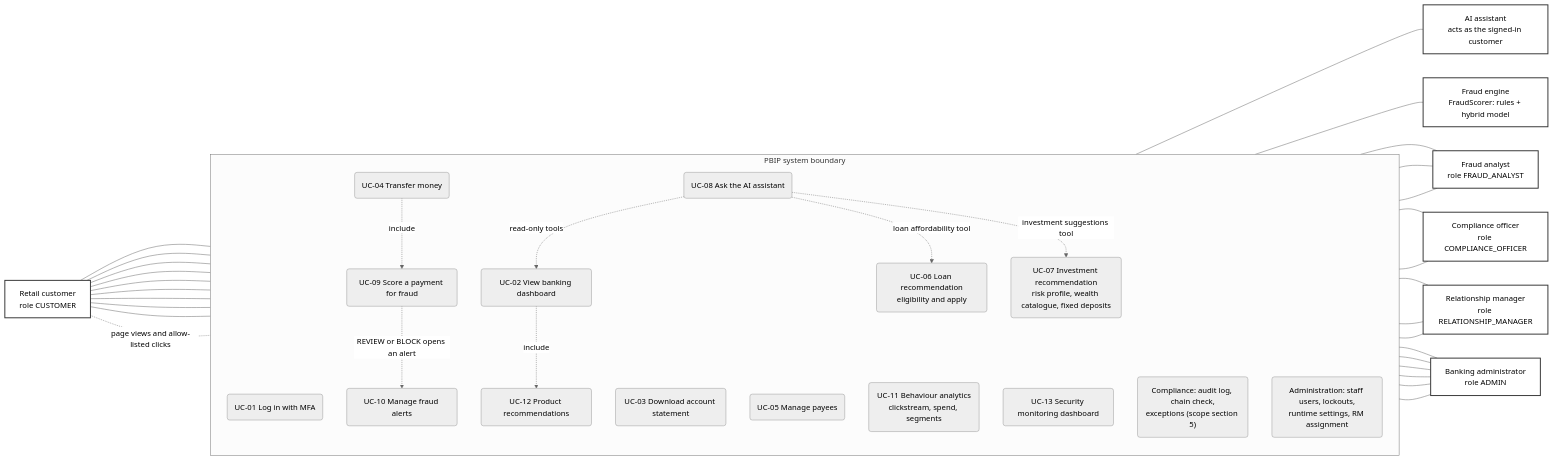
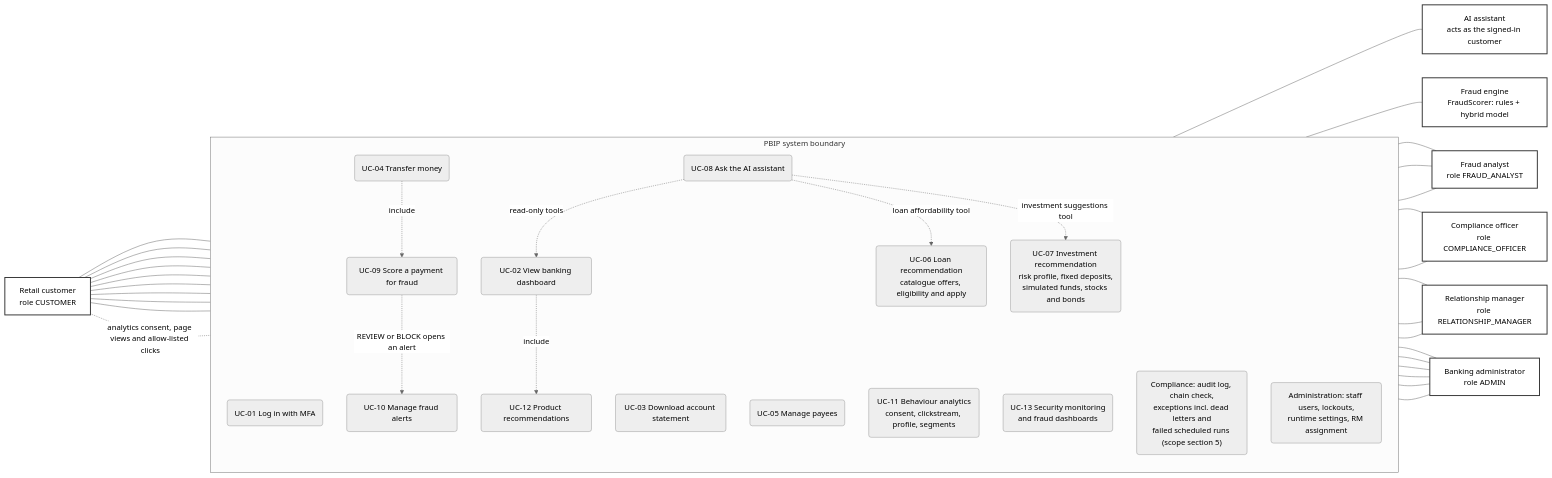
One commit to rachitst/pbip changed the diagram in docs/diagrams/use-case.md. Above: the diagram before and after it, drawn with Mermaid (neutral theme). The commit also changed other lines of this file and 24 other files, not shown here.

Commit message:
docs(diagrams): investing, behavioural profile and consent, loan offers, fraud dashboard and compliance exception flows and states

````diff
--- a/docs/diagrams/use-case.md
+++ b/docs/diagrams/use-case.md
@@ -12,67 +12,67 @@
 ```mermaid
 flowchart LR
     classDef actor fill:#fff,stroke:#333,stroke-width:2px
     customer["Retail customer<br/>role CUSTOMER"]:::actor
     assistant["AI assistant<br/>acts as the signed-in customer"]:::actor
     engine["Fraud engine<br/>FraudScorer: rules + hybrid model"]:::actor
 
     subgraph pbip["PBIP system boundary"]
         direction TB
         uc01("UC-01 Log in with MFA")
         uc02("UC-02 View banking dashboard")
         uc03("UC-03 Download account statement")
         uc04("UC-04 Transfer money")
         uc05("UC-05 Manage payees")
-        uc06("UC-06 Loan recommendation<br/>eligibility and apply")
-        uc07("UC-07 Investment recommendation<br/>risk profile, wealth catalogue, fixed deposits")
+        uc06("UC-06 Loan recommendation<br/>catalogue offers, eligibility and apply")
+        uc07("UC-07 Investment recommendation<br/>risk profile, fixed deposits,<br/>simulated funds, stocks and bonds")
         uc08("UC-08 Ask the AI assistant")
         uc09("UC-09 Score a payment for fraud")
         uc10("UC-10 Manage fraud alerts")
-        uc11("UC-11 Behaviour analytics<br/>clickstream, spend, segments")
+        uc11("UC-11 Behaviour analytics<br/>consent, clickstream, profile, segments")
         uc12("UC-12 Product recommendations")
-        uc13("UC-13 Security monitoring dashboard")
-        ucaud("Compliance: audit log, chain check,<br/>exceptions (scope section 5)")
+        uc13("UC-13 Security monitoring<br/>and fraud dashboards")
+        ucaud("Compliance: audit log, chain check,<br/>exceptions incl. dead letters and<br/>failed scheduled runs (scope section 5)")
         ucadm("Administration: staff users, lockouts,<br/>runtime settings, RM assignment")
     end
 
     analyst["Fraud analyst<br/>role FRAUD_ANALYST"]:::actor
     compliance["Compliance officer<br/>role COMPLIANCE_OFFICER"]:::actor
     rm["Relationship manager<br/>role RELATIONSHIP_MANAGER"]:::actor
     admin["Banking administrator<br/>role ADMIN"]:::actor
 
     customer --- uc01
     customer --- uc02
     customer --- uc03
     customer --- uc04
     customer --- uc05
     customer --- uc06
     customer --- uc07
     customer --- uc08
     customer --- uc12
-    customer -. "page views and allow-listed clicks" .- uc11
+    customer -. "analytics consent, page views and allow-listed clicks" .- uc11
 
     uc08 --- assistant
     uc09 --- engine
 
     uc04 -. "include" .-> uc09
     uc09 -. "REVIEW or BLOCK opens an alert" .-> uc10
     uc02 -. "include" .-> uc12
     uc08 -. "read-only tools" .-> uc02
     uc08 -. "loan affordability tool" .-> uc06
     uc08 -. "investment suggestions tool" .-> uc07
 
     uc01 --- analyst
     uc10 --- analyst
     uc13 --- analyst
     uc01 --- compliance
     ucaud --- compliance
     uc01 --- rm
     uc11 --- rm
     uc12 --- rm
     uc01 --- admin
     ucadm --- admin
     uc10 --- admin
     uc13 --- admin
     ucaud --- admin
     uc11 --- admin
 ```
````
